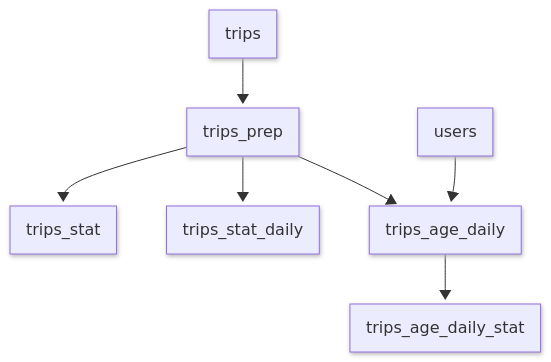
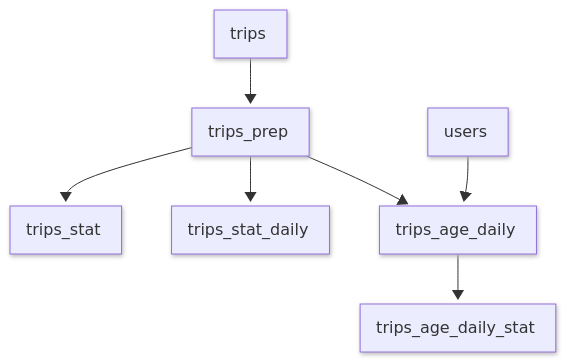
The diagram in svg/data_lineage.mmd (Inzhenerka/dbt-course-materials), drawn with Mermaid before and after one commit.

```diff
--- a/svg/data_lineage.mmd
+++ b/svg/data_lineage.mmd
@@ -1,14 +1,14 @@
 ---
 config:
   look: neo
   theme: mc
 ---
 graph TD
-    A[users]
-    B[trips]
-    B --> C[trips_prep]
-    C --> D[trips_stat]
-    C --> E[trips_stat_daily]
-    A --> F[trips_age_daily]
-    F --> G[trips_age_daily_stat]
+    A[users&nbsp;]
+    B[trips&nbsp;]
+    B --> C[trips_prep&nbsp;]
+    C --> D[trips_stat&nbsp;]
+    C --> E[trips_stat_daily&nbsp;]
+    A --> F[trips_age_daily&nbsp;]
+    F --> G[trips_age_daily_stat&nbsp;]
     C --> F
```
